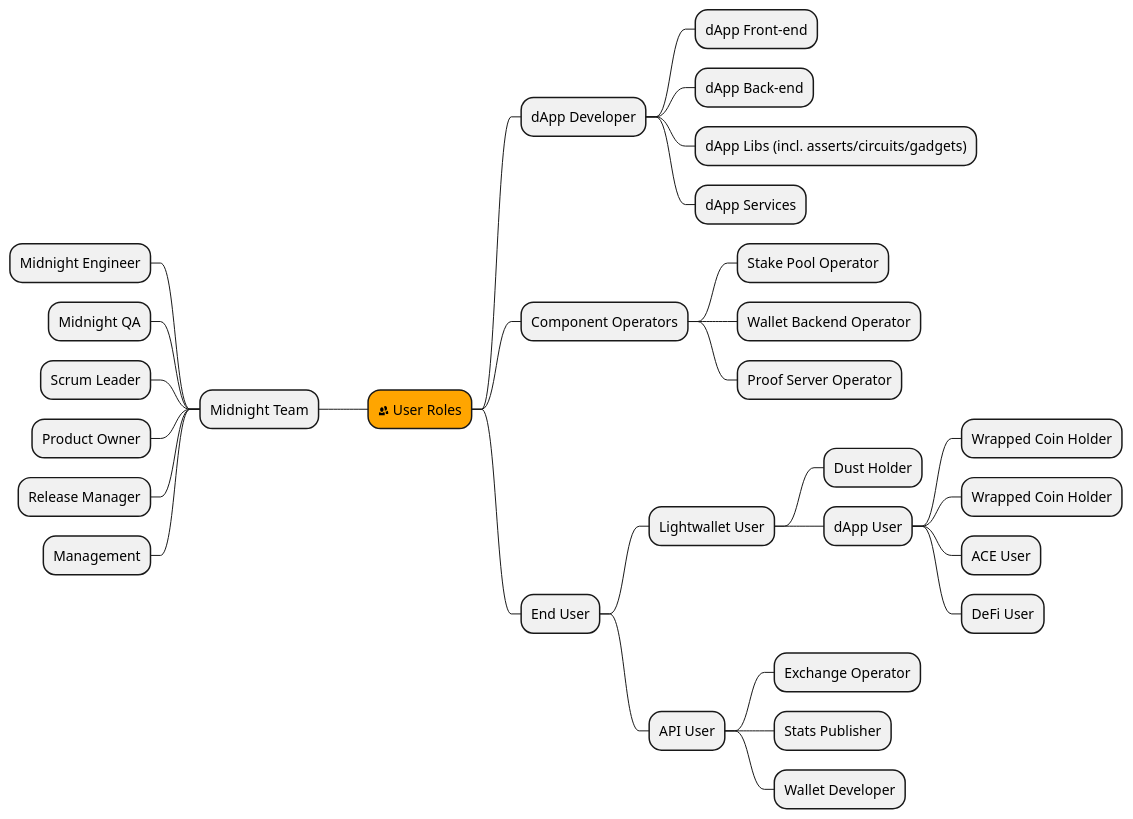
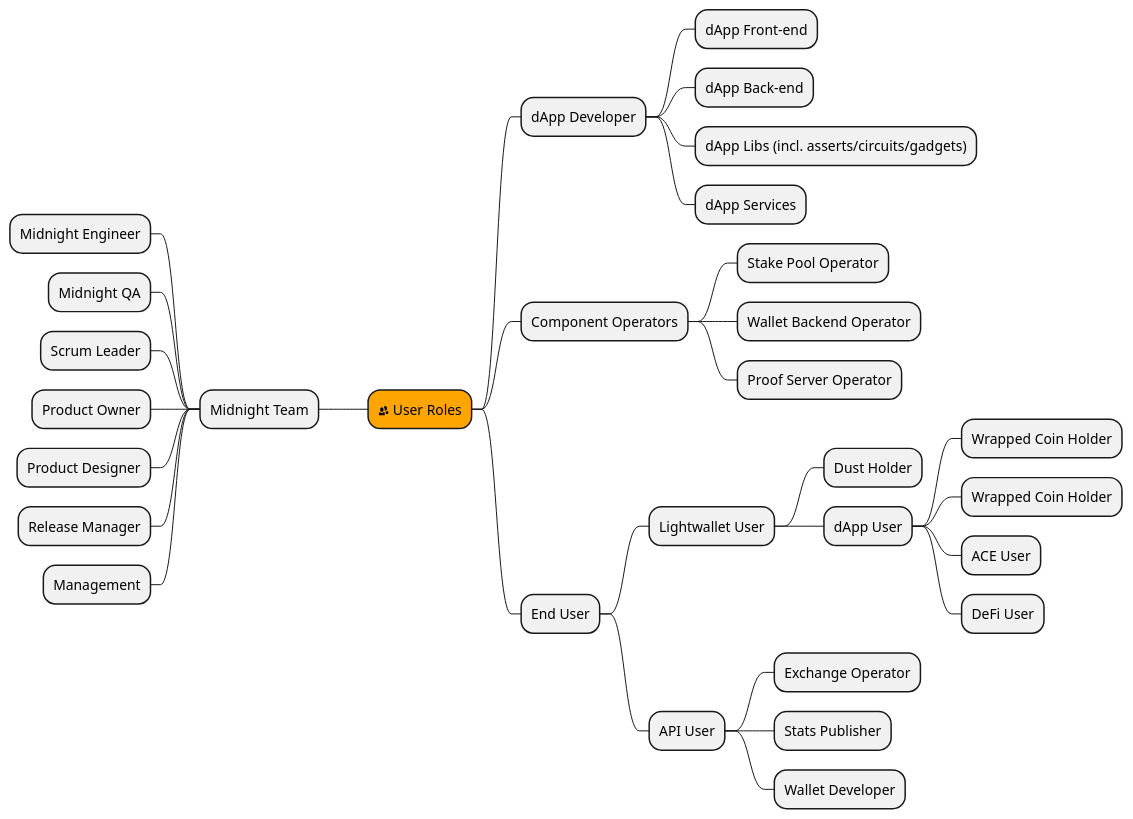
One commit to midnightntwrk/midnight-architecture changed the diagram in user-flows/roles.puml. Above: the diagram before and after it, drawn with PlantUML.

Commit message:
Update roles.puml
Added Product Designer

```diff
--- a/user-flows/roles.puml
+++ b/user-flows/roles.puml
@@ -1,32 +1,33 @@
 @startmindmap
 +[#Orange] <&people> User Roles
 ++ dApp Developer
 +++ dApp Front-end
 +++ dApp Back-end
 +++ dApp Libs (incl. asserts/circuits/gadgets)
 +++ dApp Services
 ++ Component Operators
 +++ Stake Pool Operator
 +++ Wallet Backend Operator
 +++ Proof Server Operator
 ++ End User
 +++ Lightwallet User
 ++++ Dust Holder
 ++++ dApp User
 +++++ Wrapped Coin Holder
 +++++ Wrapped Coin Holder
 +++++ ACE User
 +++++ DeFi User
 +++ API User
 ++++ Exchange Operator
 ++++ Stats Publisher
 ++++ Wallet Developer
 
 -- Midnight Team
 --- Midnight Engineer
 --- Midnight QA
 --- Scrum Leader
 --- Product Owner
+--- Product Designer
 --- Release Manager
 --- Management
 @endmindmap
```
